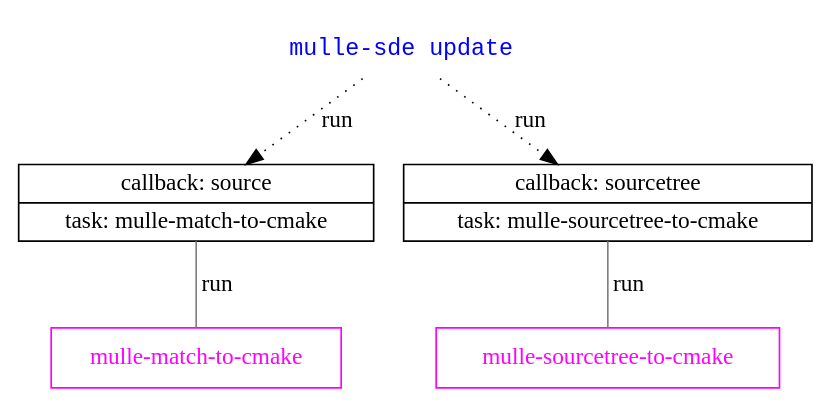
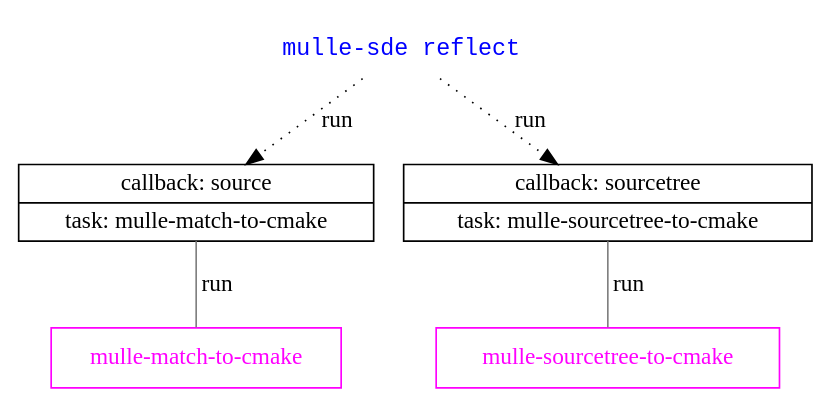
One commit to mulle-sde/mulle-sde-developer changed the diagram in dox/mulle-sde-update.dot. Above: the diagram before and after it, drawn with Graphviz. The commit also changed 48 other files, not shown here.

Commit message:
* updated to newest mulle-sde

```diff
--- a/dox/mulle-sde-update.dot
+++ b/dox/mulle-sde-update.dot
@@ -1,26 +1,26 @@
 digraph G {
     graph [rankdir = TD];
 
     node[shape=record];
     edge[ arrowhead="none", color="gray", label="run"]
 
     { rank = same;  "mulle-sourcetree-to-cmake", "mulle-match-to-cmake" };
     { rank = same;  "source-callback", "sourcetree-callback" };
-    { rank = last;  "mulle-sde update" };
+    { rank = last;  "mulle-sde reflect" };
 
     "source-callback"        [ label="{ callback: source| task: mulle-match-to-cmake}"];
     "sourcetree-callback"    [ label="{ callback: sourcetree| task: mulle-sourcetree-to-cmake}"];
 
     "mulle-match-to-cmake" [ color="magenta", fontcolor="magenta" ]
     "mulle-sourcetree-to-cmake" [ color="magenta", fontcolor="magenta" ]
 
     "source-callback"      ->  "mulle-match-to-cmake"
     "sourcetree-callback"  ->  "mulle-sourcetree-to-cmake"
 
-    "mulle-sde update"  [ shape="none", fontname="monospace", fontcolor="blue"]
+    "mulle-sde reflect"  [ shape="none", fontname="monospace", fontcolor="blue"]
 
     edge[ arrowhead="", style="dotted", color="black" ]
 
-    "mulle-sde update"  -> "source-callback"
-    "mulle-sde update"  -> "sourcetree-callback"
+    "mulle-sde reflect"  -> "source-callback"
+    "mulle-sde reflect"  -> "sourcetree-callback"
 }
```
